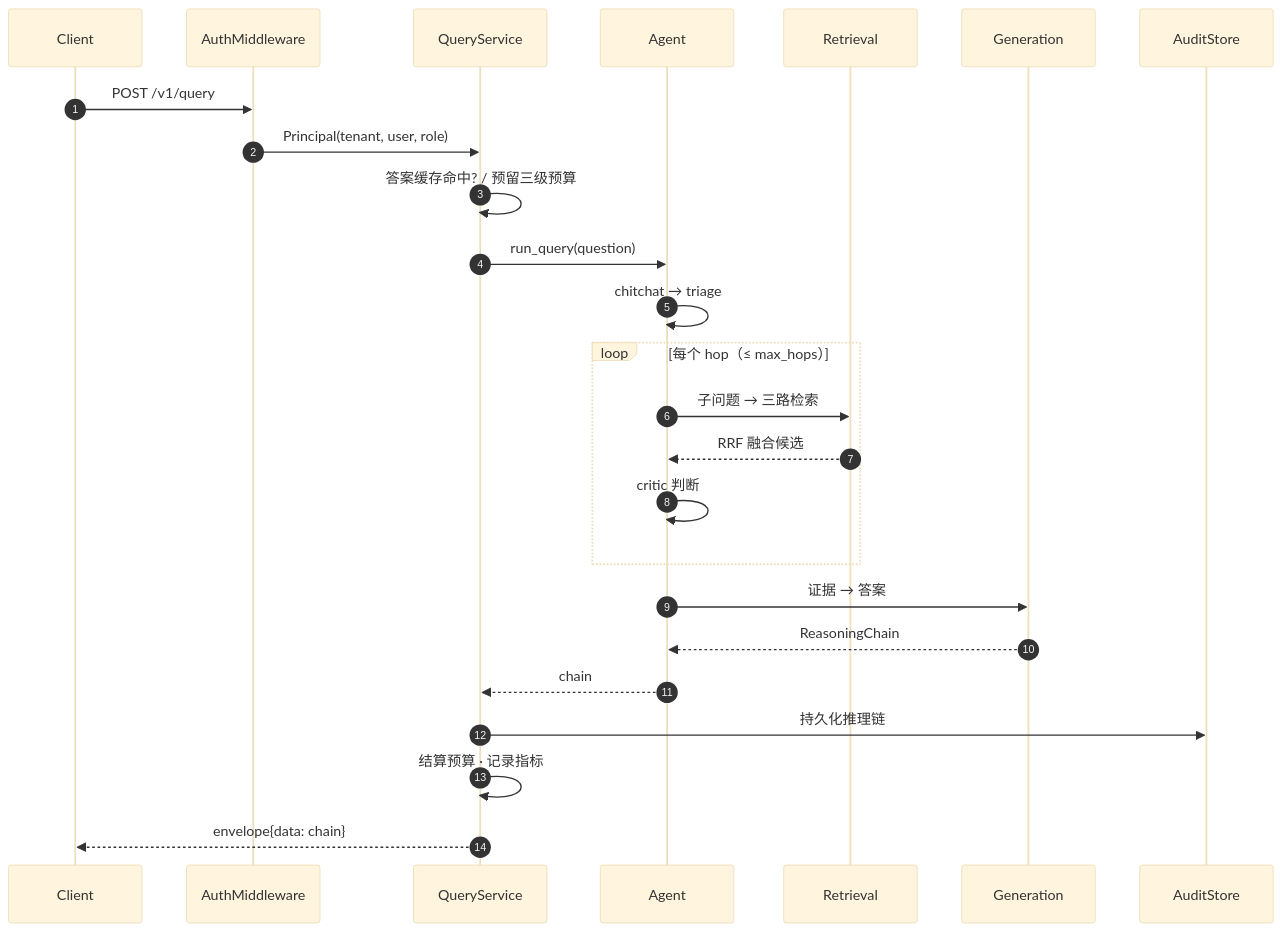
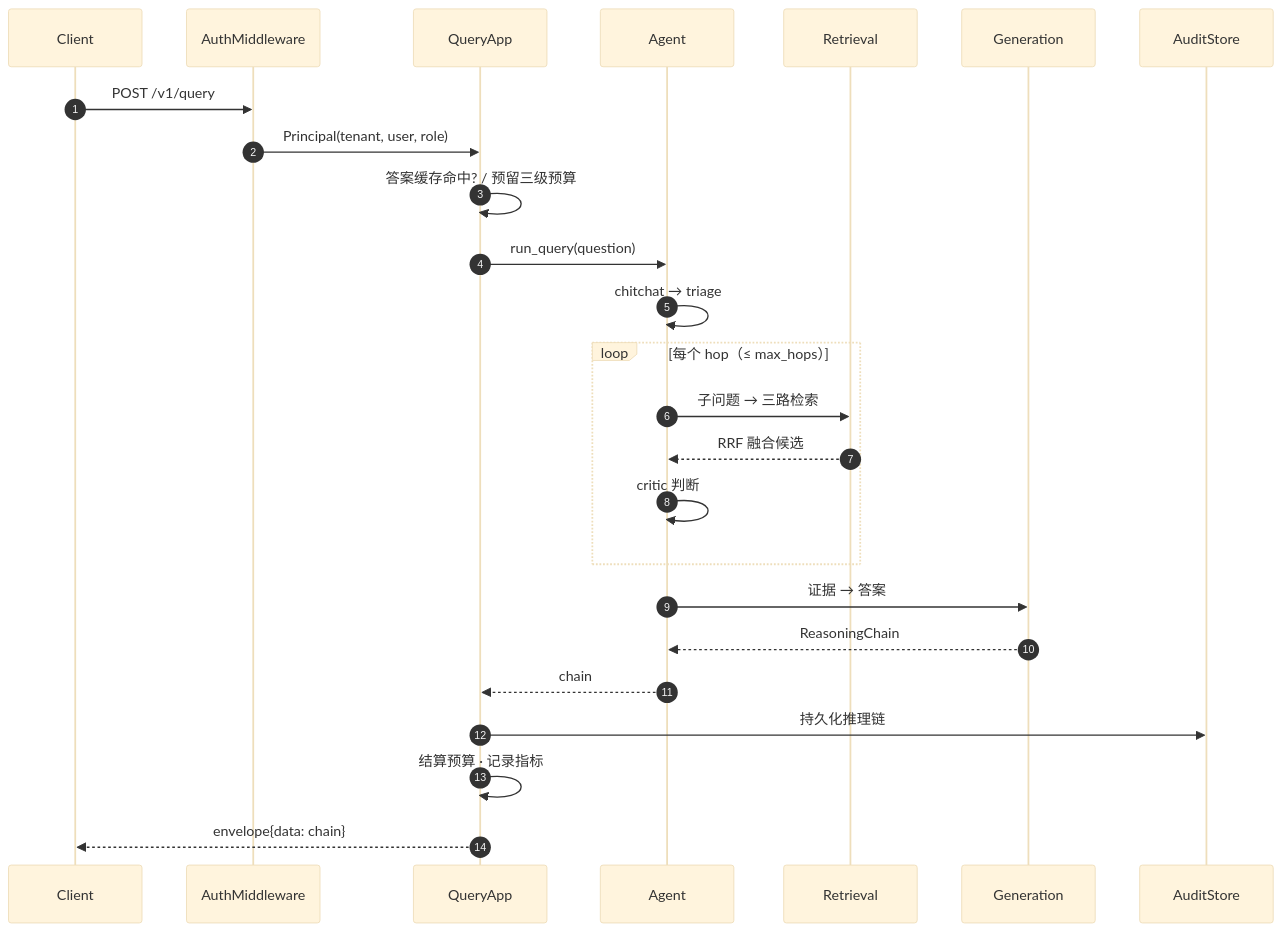
One commit to RightCloudhub/AG changed diagram 17 of 17 in docs/ARCHITECTURE.md. Above: the diagram before and after it, drawn with Mermaid (base theme). The commit also changed other lines of this file and 154 other files, not shown here.

Commit message:
fix(stores): implement Neo4jGraphStore.list_entities and add it to GraphStore protocol

````diff
--- a/docs/ARCHITECTURE.md
+++ b/docs/ARCHITECTURE.md
@@ -380,27 +440,27 @@
 ```mermaid
 sequenceDiagram
     autonumber
     participant U as Client
     participant M as AuthMiddleware
-    participant S as QueryService
+    participant S as QueryApp
     participant A as Agent
     participant R as Retrieval
     participant G as Generation
     participant D as AuditStore
     U->>M: POST /v1/query
     M->>S: Principal(tenant, user, role)
     S->>S: 答案缓存命中? / 预留三级预算
     S->>A: run_query(question)
     A->>A: chitchat → triage
     loop 每个 hop（≤ max_hops）
         A->>R: 子问题 → 三路检索
         R-->>A: RRF 融合候选
         A->>A: critic 判断
     end
     A->>G: 证据 → 答案
     G-->>A: ReasoningChain
     A-->>S: chain
     S->>D: 持久化推理链
     S->>S: 结算预算 · 记录指标
     S-->>U: envelope{data: chain}
 ```
````
